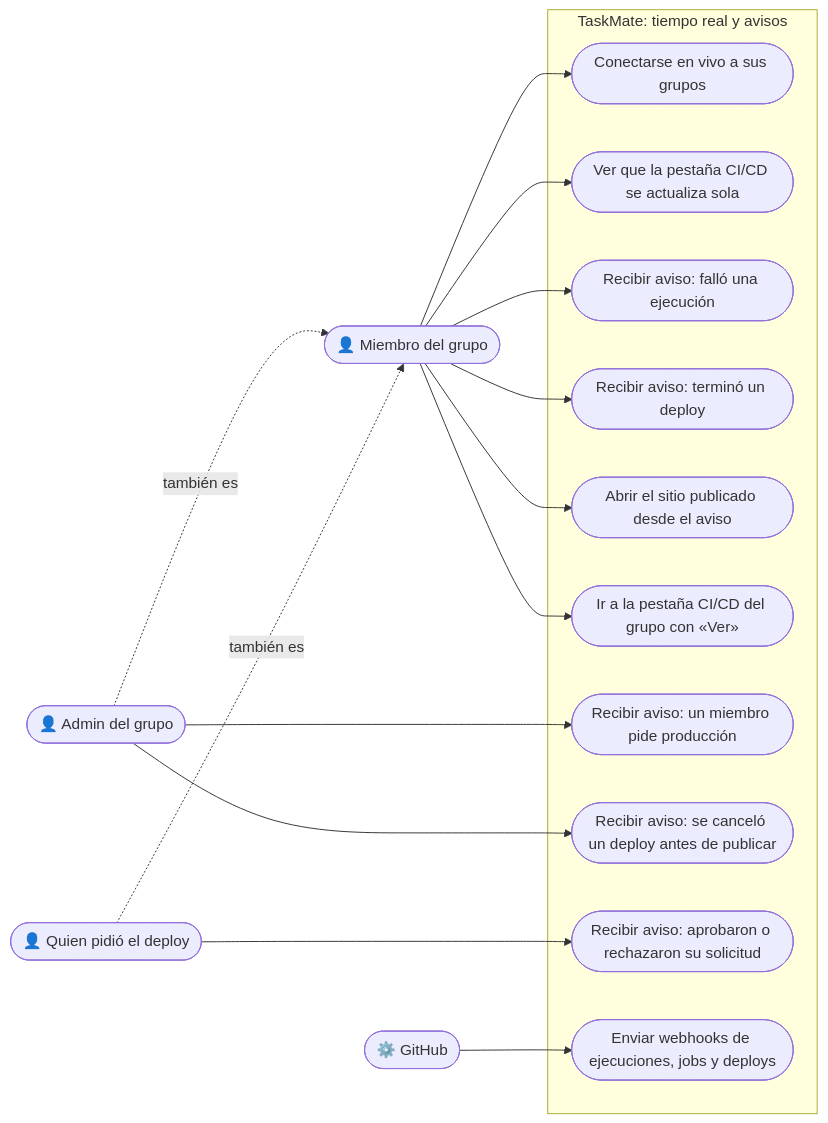
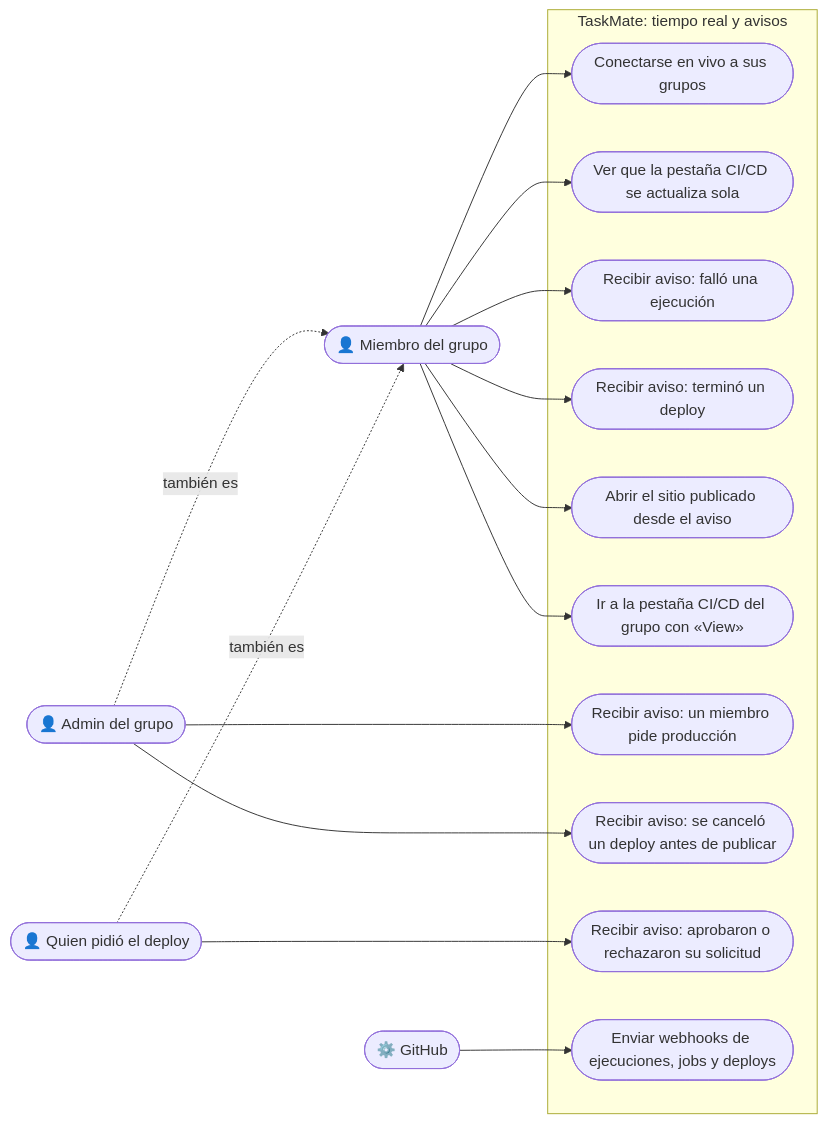
Before and after one commit to PabloP150/proyecto-is-cc6: the diagram in documentacion/04-casos-de-uso/09-tiempo-real-y-avisos.md, drawn with Mermaid. The commit also changed other lines of this file and 204 other files, not shown here.

First line of the commit message:
docs: update all documentation, diagrams and PNGs to the test/e2e state

````diff
--- a/documentacion/04-casos-de-uso/09-tiempo-real-y-avisos.md
+++ b/documentacion/04-casos-de-uso/09-tiempo-real-y-avisos.md
@@ -5,34 +5,34 @@
 ```mermaid
 flowchart LR
     M(["👤 Miembro del grupo"])
     A(["👤 Admin del grupo"])
     S(["👤 Quien pidió el deploy"])
     GH(["⚙️ GitHub"])
 
     A -.->|"también es"| M
     S -.->|"también es"| M
 
     subgraph SYS["TaskMate: tiempo real y avisos"]
         uc1(["Conectarse en vivo a sus grupos"])
         uc2(["Ver que la pestaña CI/CD se actualiza sola"])
         uc3(["Recibir aviso: falló una ejecución"])
         uc4(["Recibir aviso: terminó un deploy"])
         uc5(["Abrir el sitio publicado desde el aviso"])
-        uc6(["Ir a la pestaña CI/CD del grupo con «Ver»"])
+        uc6(["Ir a la pestaña CI/CD del grupo con «View»"])
         uc7(["Recibir aviso: un miembro pide producción"])
         uc8(["Recibir aviso: se canceló un deploy antes de publicar"])
         uc9(["Recibir aviso: aprobaron o rechazaron su solicitud"])
         uc10(["Enviar webhooks de ejecuciones, jobs y deploys"])
     end
 
     M --> uc1
     M --> uc2
     M --> uc3
     M --> uc4
     M --> uc5
     M --> uc6
     A --> uc7
     A --> uc8
     S --> uc9
     GH --> uc10
 ```
````
